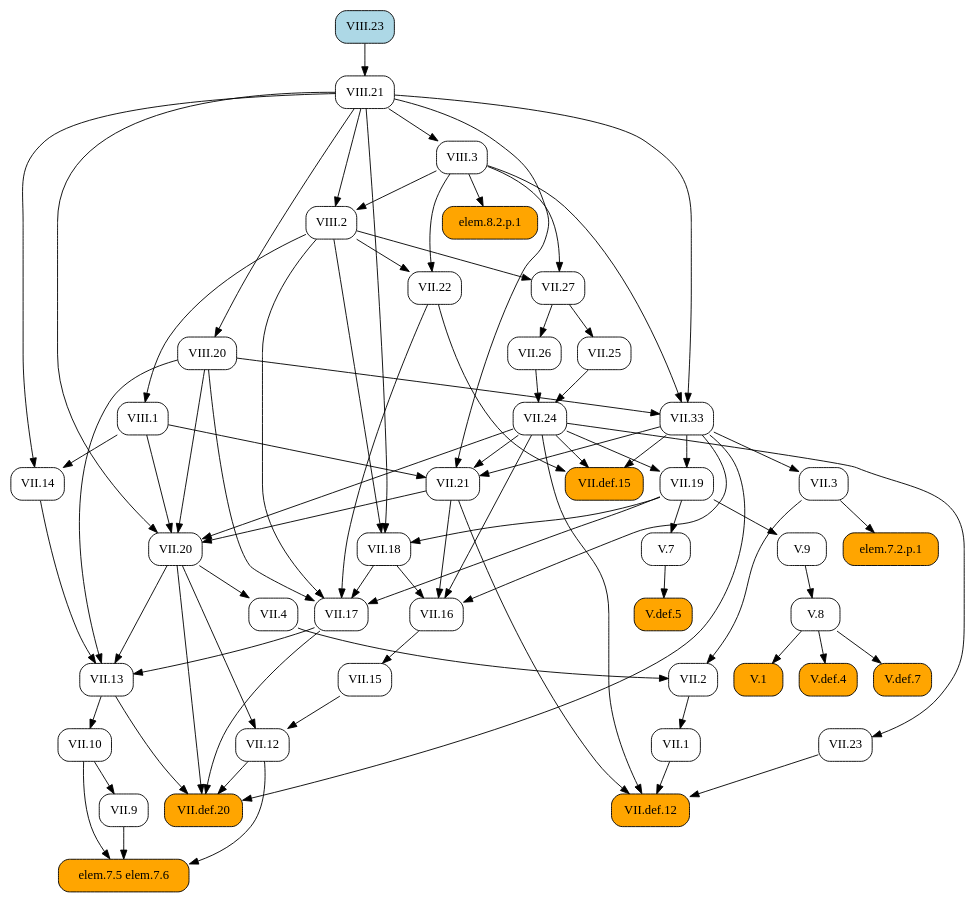
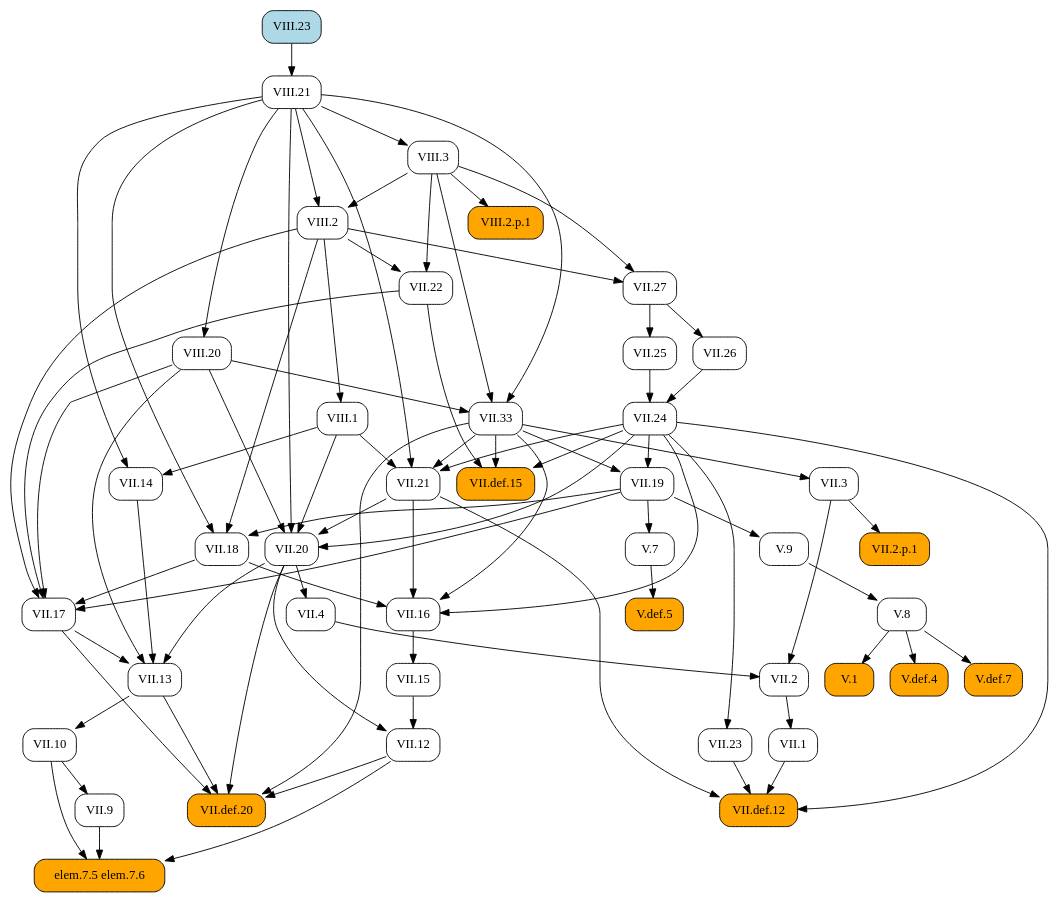
Before and after one commit to geometor/elements: the diagram in docsrc/heath/VIII/23/index.rst, drawn with Graphviz. The commit also changed 484 other files, not shown here.

```diff
--- a/docsrc/heath/VIII/23/index.rst
+++ b/docsrc/heath/VIII/23/index.rst
@@ -30,127 +30,127 @@
    digraph {
      rankdir="TB";
      node [shape=box, style=rounded];
+     "VII.33" [URL="/heath/VII/33/", target="_top"];
+     "VII.12" [URL="/heath/VII/12/", target="_top"];
+     "elem.7.5 elem.7.6" [style="rounded,filled", fillcolor=orange];
+     "VIII.20" [URL="/heath/VIII/20/", target="_top"];
+     "VII.9" [URL="/heath/VII/9/", target="_top"];
+     "VIII.2" [URL="/heath/VIII/2/", target="_top"];
+     "VII.18" [URL="/heath/VII/18/", target="_top"];
+     "VII.16" [URL="/heath/VII/16/", target="_top"];
+     "V.7" [URL="/heath/V/7/", target="_top"];
+     "VII.26" [URL="/heath/VII/26/", target="_top"];
+     "V.def.5" [style="rounded,filled", fillcolor=orange, URL="/heath/V/def.5/", target="_top"];
+     "V.9" [URL="/heath/V/9/", target="_top"];
+     "VII.10" [URL="/heath/VII/10/", target="_top"];
+     "VIII.3" [URL="/heath/VIII/3/", target="_top"];
+     "VII.13" [URL="/heath/VII/13/", target="_top"];
+     "VIII.23" [style="rounded,filled", fillcolor=lightblue, URL="/heath/VIII/23/", target="_top"];
+     "VII.def.15" [style="rounded,filled", fillcolor=orange, URL="/heath/VII/def.15/", target="_top"];
+     "VII.17" [URL="/heath/VII/17/", target="_top"];
+     "VII.19" [URL="/heath/VII/19/", target="_top"];
+     "VIII.2.p.1" [style="rounded,filled", fillcolor=orange];
+     "VII.2" [URL="/heath/VII/2/", target="_top"];
+     "VII.def.20" [style="rounded,filled", fillcolor=orange, URL="/heath/VII/def.20/", target="_top"];
+     "VII.2.p.1" [style="rounded,filled", fillcolor=orange];
+     "VII.15" [URL="/heath/VII/15/", target="_top"];
+     "V.def.4" [style="rounded,filled", fillcolor=orange, URL="/heath/V/def.4/", target="_top"];
+     "V.def.7" [style="rounded,filled", fillcolor=orange, URL="/heath/V/def.7/", target="_top"];
+     "VII.14" [URL="/heath/VII/14/", target="_top"];
+     "VIII.21" [URL="/heath/VIII/21/", target="_top"];
+     "VII.27" [URL="/heath/VII/27/", target="_top"];
+     "VII.21" [URL="/heath/VII/21/", target="_top"];
+     "VII.22" [URL="/heath/VII/22/", target="_top"];
+     "VII.25" [URL="/heath/VII/25/", target="_top"];
+     "VIII.1" [URL="/heath/VIII/1/", target="_top"];
      "VII.1" [URL="/heath/VII/1/", target="_top"];
-     "VII.9" [URL="/heath/VII/9/", target="_top"];
-     "V.def.5" [style="rounded,filled", fillcolor=orange, URL="/heath/V/def.5/", target="_top"];
-     "VIII.23" [style="rounded,filled", fillcolor=lightblue, URL="/heath/VIII/23/", target="_top"];
+     "V.8" [URL="/heath/V/8/", target="_top"];
+     "VII.23" [URL="/heath/VII/23/", target="_top"];
+     "VII.4" [URL="/heath/VII/4/", target="_top"];
+     "VII.def.12" [style="rounded,filled", fillcolor=orange, URL="/heath/VII/def.12/", target="_top"];
+     "V.1" [style="rounded,filled", fillcolor=orange, URL="/heath/V/1/", target="_top"];
      "VII.3" [URL="/heath/VII/3/", target="_top"];
-     "VII.17" [URL="/heath/VII/17/", target="_top"];
-     "elem.7.5 elem.7.6" [style="rounded,filled", fillcolor=orange];
-     "VIII.21" [URL="/heath/VIII/21/", target="_top"];
-     "V.7" [URL="/heath/V/7/", target="_top"];
-     "V.9" [URL="/heath/V/9/", target="_top"];
-     "VII.13" [URL="/heath/VII/13/", target="_top"];
-     "VII.2" [URL="/heath/VII/2/", target="_top"];
-     "VIII.1" [URL="/heath/VIII/1/", target="_top"];
-     "VIII.2" [URL="/heath/VIII/2/", target="_top"];
-     "VII.12" [URL="/heath/VII/12/", target="_top"];
      "VII.24" [URL="/heath/VII/24/", target="_top"];
-     "VII.def.12" [style="rounded,filled", fillcolor=orange, URL="/heath/VII/def.12/", target="_top"];
-     "V.8" [URL="/heath/V/8/", target="_top"];
-     "VII.33" [URL="/heath/VII/33/", target="_top"];
-     "elem.7.2.p.1" [style="rounded,filled", fillcolor=orange];
-     "VII.10" [URL="/heath/VII/10/", target="_top"];
-     "VII.def.15" [style="rounded,filled", fillcolor=orange, URL="/heath/VII/def.15/", target="_top"];
-     "VII.18" [URL="/heath/VII/18/", target="_top"];
-     "VII.19" [URL="/heath/VII/19/", target="_top"];
-     "VII.16" [URL="/heath/VII/16/", target="_top"];
-     "VII.26" [URL="/heath/VII/26/", target="_top"];
-     "VII.4" [URL="/heath/VII/4/", target="_top"];
-     "VII.25" [URL="/heath/VII/25/", target="_top"];
-     "VII.21" [URL="/heath/VII/21/", target="_top"];
-     "V.1" [style="rounded,filled", fillcolor=orange, URL="/heath/V/1/", target="_top"];
      "VII.20" [URL="/heath/VII/20/", target="_top"];
-     "VII.14" [URL="/heath/VII/14/", target="_top"];
-     "VII.27" [URL="/heath/VII/27/", target="_top"];
-     "VIII.3" [URL="/heath/VIII/3/", target="_top"];
-     "V.def.4" [style="rounded,filled", fillcolor=orange, URL="/heath/V/def.4/", target="_top"];
-     "VII.22" [URL="/heath/VII/22/", target="_top"];
-     "VIII.20" [URL="/heath/VIII/20/", target="_top"];
-     "V.def.7" [style="rounded,filled", fillcolor=orange, URL="/heath/V/def.7/", target="_top"];
-     "VII.23" [URL="/heath/VII/23/", target="_top"];
-     "VII.15" [URL="/heath/VII/15/", target="_top"];
-     "VII.def.20" [style="rounded,filled", fillcolor=orange, URL="/heath/VII/def.20/", target="_top"];
-     "elem.8.2.p.1" [style="rounded,filled", fillcolor=orange];
-     "VII.2" -> "VII.1";
+     "VIII.3" -> "VII.33";
+     "VIII.20" -> "VII.33";
+     "VIII.21" -> "VII.33";
+     "VII.15" -> "VII.12";
+     "VII.20" -> "VII.12";
+     "VII.9" -> "elem.7.5 elem.7.6";
+     "VII.10" -> "elem.7.5 elem.7.6";
+     "VII.12" -> "elem.7.5 elem.7.6";
+     "VIII.21" -> "VIII.20";
      "VII.10" -> "VII.9";
+     "VIII.3" -> "VIII.2";
+     "VIII.21" -> "VIII.2";
+     "VII.19" -> "VII.18";
+     "VIII.2" -> "VII.18";
+     "VIII.21" -> "VII.18";
+     "VII.18" -> "VII.16";
+     "VII.21" -> "VII.16";
+     "VII.24" -> "VII.16";
+     "VII.33" -> "VII.16";
+     "VII.19" -> "V.7";
+     "VII.27" -> "VII.26";
      "V.7" -> "V.def.5";
-     "VII.33" -> "VII.3";
+     "VII.19" -> "V.9";
+     "VII.13" -> "VII.10";
+     "VIII.21" -> "VIII.3";
+     "VII.14" -> "VII.13";
+     "VII.17" -> "VII.13";
+     "VII.20" -> "VII.13";
+     "VIII.20" -> "VII.13";
+     "VII.22" -> "VII.def.15";
+     "VII.24" -> "VII.def.15";
+     "VII.33" -> "VII.def.15";
      "VII.18" -> "VII.17";
      "VII.19" -> "VII.17";
      "VII.22" -> "VII.17";
      "VIII.2" -> "VII.17";
      "VIII.20" -> "VII.17";
-     "VII.9" -> "elem.7.5 elem.7.6";
-     "VII.10" -> "elem.7.5 elem.7.6";
-     "VII.12" -> "elem.7.5 elem.7.6";
-     "VIII.23" -> "VIII.21";
-     "VII.19" -> "V.7";
-     "VII.19" -> "V.9";
-     "VII.14" -> "VII.13";
-     "VII.17" -> "VII.13";
-     "VII.20" -> "VII.13";
-     "VIII.20" -> "VII.13";
+     "VII.24" -> "VII.19";
+     "VII.33" -> "VII.19";
+     "VIII.3" -> "VIII.2.p.1";
      "VII.3" -> "VII.2";
      "VII.4" -> "VII.2";
+     "VII.12" -> "VII.def.20";
+     "VII.13" -> "VII.def.20";
+     "VII.17" -> "VII.def.20";
+     "VII.20" -> "VII.def.20";
+     "VII.33" -> "VII.def.20";
+     "VII.3" -> "VII.2.p.1";
+     "VII.16" -> "VII.15";
+     "V.8" -> "V.def.4";
+     "V.8" -> "V.def.7";
+     "VIII.1" -> "VII.14";
+     "VIII.21" -> "VII.14";
+     "VIII.23" -> "VIII.21";
+     "VIII.2" -> "VII.27";
+     "VIII.3" -> "VII.27";
+     "VII.24" -> "VII.21";
+     "VII.33" -> "VII.21";
+     "VIII.1" -> "VII.21";
+     "VIII.21" -> "VII.21";
+     "VIII.2" -> "VII.22";
+     "VIII.3" -> "VII.22";
+     "VII.27" -> "VII.25";
      "VIII.2" -> "VIII.1";
-     "VIII.3" -> "VIII.2";
-     "VIII.21" -> "VIII.2";
-     "VII.15" -> "VII.12";
-     "VII.20" -> "VII.12";
-     "VII.25" -> "VII.24";
-     "VII.26" -> "VII.24";
+     "VII.2" -> "VII.1";
+     "V.9" -> "V.8";
+     "VII.24" -> "VII.23";
+     "VII.20" -> "VII.4";
      "VII.1" -> "VII.def.12";
      "VII.21" -> "VII.def.12";
      "VII.23" -> "VII.def.12";
      "VII.24" -> "VII.def.12";
-     "V.9" -> "V.8";
-     "VIII.3" -> "VII.33";
-     "VIII.20" -> "VII.33";
-     "VIII.21" -> "VII.33";
-     "VII.3" -> "elem.7.2.p.1";
-     "VII.13" -> "VII.10";
-     "VII.22" -> "VII.def.15";
-     "VII.24" -> "VII.def.15";
-     "VII.33" -> "VII.def.15";
-     "VII.19" -> "VII.18";
-     "VIII.2" -> "VII.18";
-     "VIII.21" -> "VII.18";
-     "VII.24" -> "VII.19";
-     "VII.33" -> "VII.19";
-     "VII.18" -> "VII.16";
-     "VII.21" -> "VII.16";
-     "VII.24" -> "VII.16";
-     "VII.33" -> "VII.16";
-     "VII.27" -> "VII.26";
-     "VII.20" -> "VII.4";
-     "VII.27" -> "VII.25";
-     "VII.24" -> "VII.21";
-     "VII.33" -> "VII.21";
-     "VIII.1" -> "VII.21";
-     "VIII.21" -> "VII.21";
      "V.8" -> "V.1";
+     "VII.33" -> "VII.3";
+     "VII.25" -> "VII.24";
+     "VII.26" -> "VII.24";
      "VII.21" -> "VII.20";
      "VII.24" -> "VII.20";
      "VIII.1" -> "VII.20";
      "VIII.20" -> "VII.20";
      "VIII.21" -> "VII.20";
-     "VIII.1" -> "VII.14";
-     "VIII.21" -> "VII.14";
-     "VIII.2" -> "VII.27";
-     "VIII.3" -> "VII.27";
-     "VIII.21" -> "VIII.3";
-     "V.8" -> "V.def.4";
-     "VIII.2" -> "VII.22";
-     "VIII.3" -> "VII.22";
-     "VIII.21" -> "VIII.20";
-     "V.8" -> "V.def.7";
-     "VII.24" -> "VII.23";
-     "VII.16" -> "VII.15";
-     "VII.12" -> "VII.def.20";
-     "VII.13" -> "VII.def.20";
-     "VII.17" -> "VII.def.20";
-     "VII.20" -> "VII.def.20";
-     "VII.33" -> "VII.def.20";
-     "VIII.3" -> "elem.8.2.p.1";
    }
```
